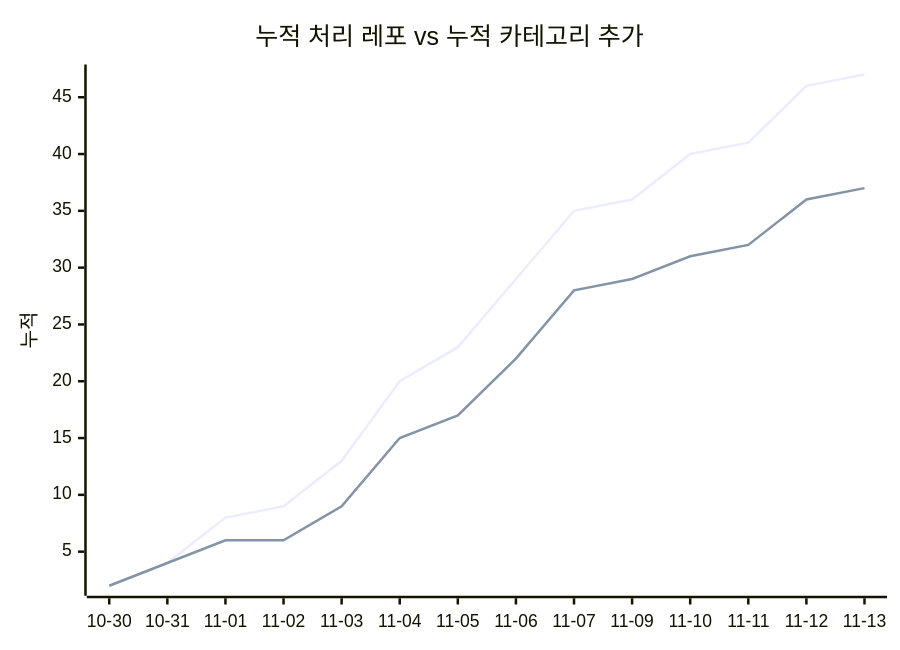
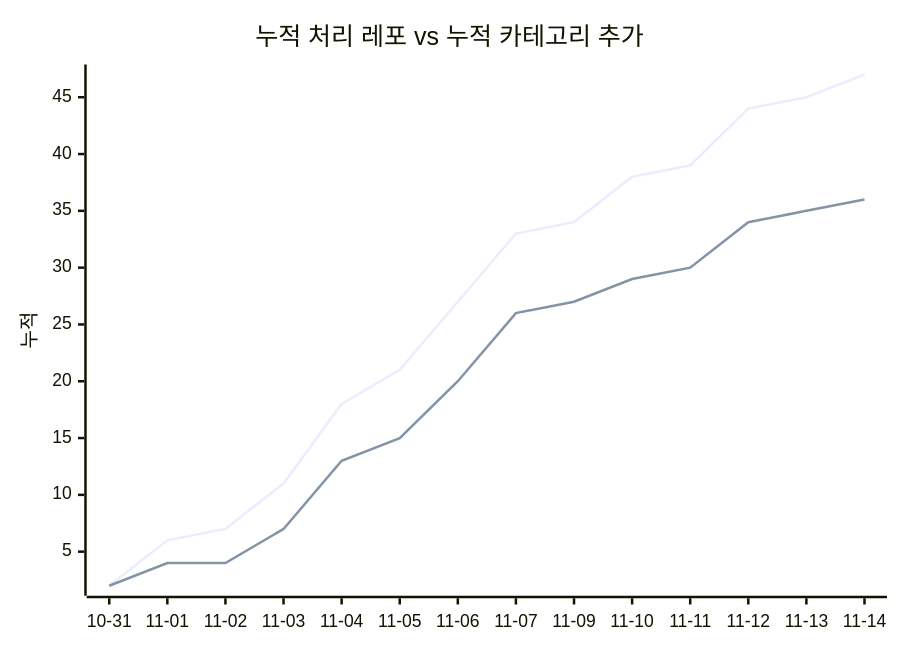
The second of 2 diagrams in docs/trends.md (J-nowcow/awesome-korean-agent-skills), drawn with Mermaid before and after one commit. The commit also changed other lines of this file and 27 other files, not shown here.

````diff
--- a/docs/trends.md
+++ b/docs/trends.md
@@ -68,8 +68,8 @@
 ```mermaid
 xychart-beta
     title "누적 처리 레포 vs 누적 카테고리 추가"
-    x-axis ["10-30","10-31","11-01","11-02","11-03","11-04","11-05","11-06","11-07","11-09","11-10","11-11","11-12","11-13"]
+    x-axis ["10-31","11-01","11-02","11-03","11-04","11-05","11-06","11-07","11-09","11-10","11-11","11-12","11-13","11-14"]
     y-axis "누적"
-    line [2,4,8,9,13,20,23,29,35,36,40,41,46,47]
-    line [2,4,6,6,9,15,17,22,28,29,31,32,36,37]
+    line [2,6,7,11,18,21,27,33,34,38,39,44,45,47]
+    line [2,4,4,7,13,15,20,26,27,29,30,34,35,36]
 ```
````
